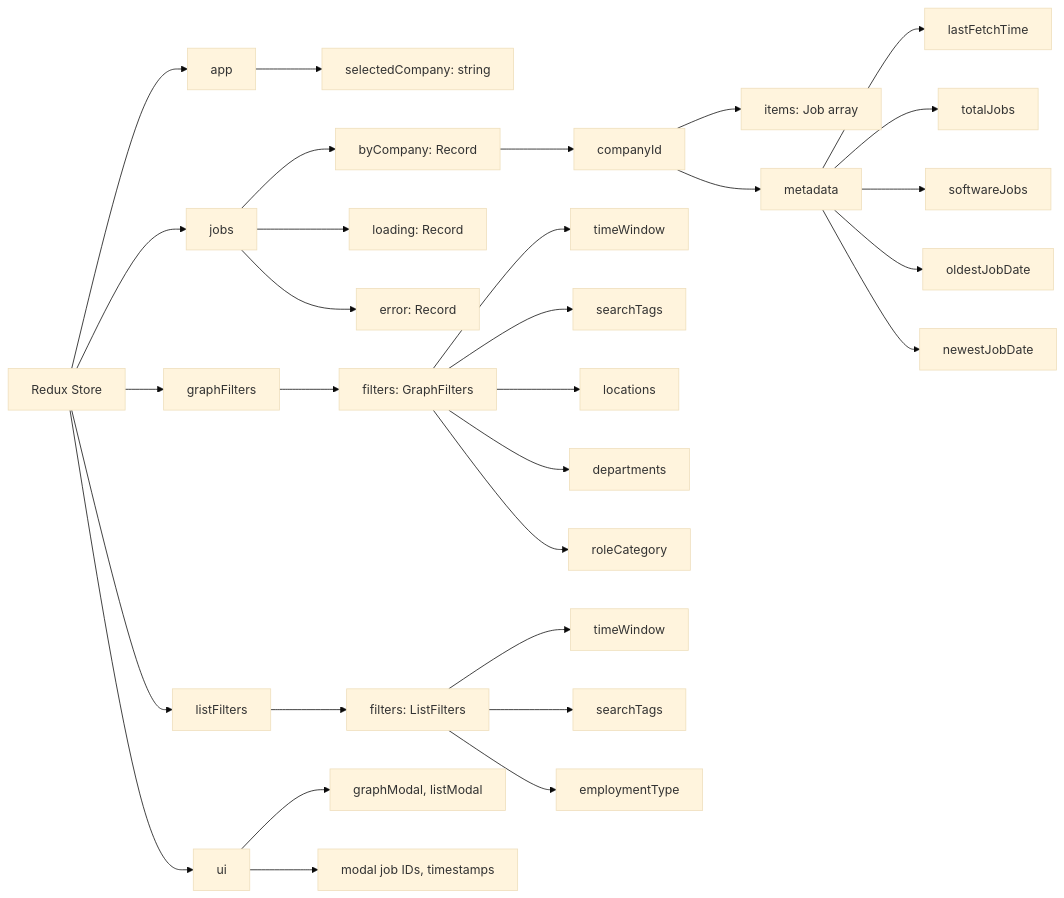
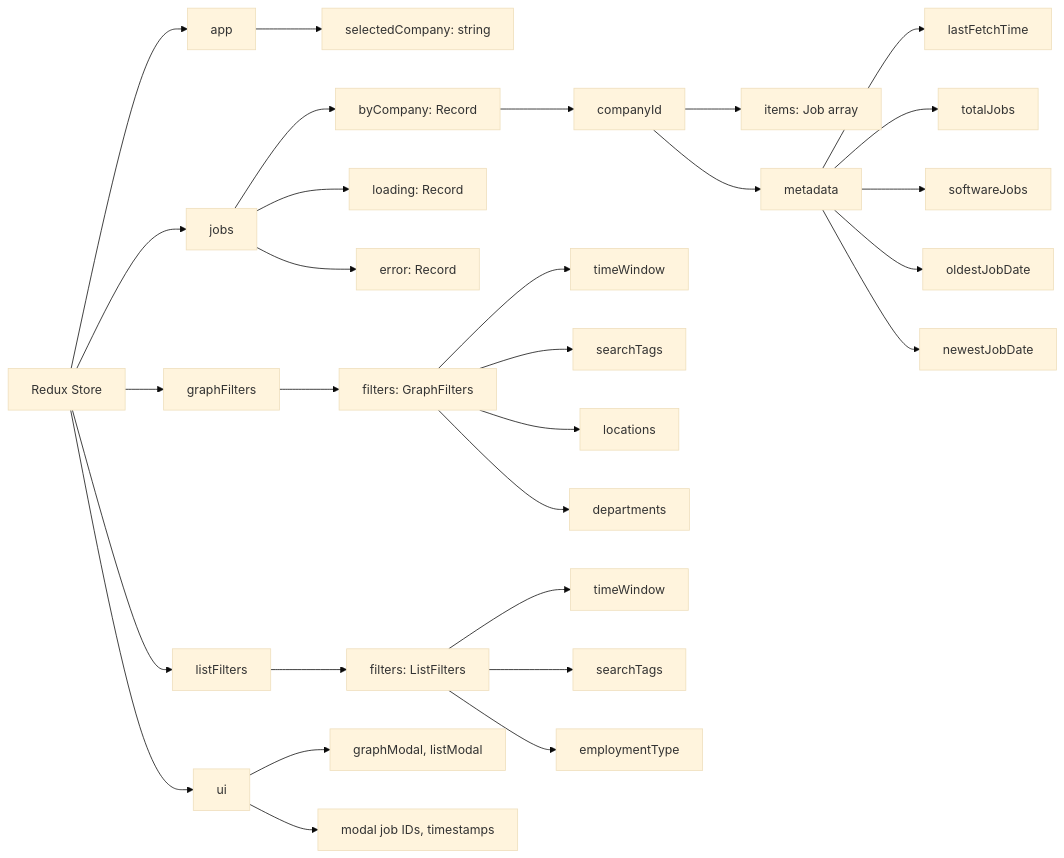
Before and after one commit to brendanpotter00/Job-Visualizer-Notifier: the second of 8 diagrams in docs/architecture.md, drawn with Mermaid (base theme). The commit also changed other lines of this file and 1 other file, not shown here.

````diff
--- a/docs/architecture.md
+++ b/docs/architecture.md
@@ -90,41 +93,40 @@
 ```mermaid
 graph LR
     Store[Redux Store]
 
     Store --> App[app]
     Store --> Jobs[jobs]
     Store --> GraphFilters[graphFilters]
     Store --> ListFilters[listFilters]
     Store --> UI[ui]
 
     App --> SelectedCompany[selectedCompany: string]
 
     Jobs --> ByCompany[byCompany: Record]
     Jobs --> Loading[loading: Record]
     Jobs --> Error[error: Record]
 
     ByCompany --> CompanyData[companyId]
     CompanyData --> Items[items: Job array]
     CompanyData --> Metadata[metadata]
 
     Metadata --> LastFetch[lastFetchTime]
     Metadata --> TotalJobs[totalJobs]
     Metadata --> SoftwareJobs[softwareJobs]
     Metadata --> OldestJob[oldestJobDate]
     Metadata --> NewestJob[newestJobDate]
 
     GraphFilters --> GFilters[filters: GraphFilters]
     GFilters --> GTimeWindow[timeWindow]
     GFilters --> GSearchTags[searchTags]
     GFilters --> GLocations[locations]
     GFilters --> GDepartments[departments]
-    GFilters --> GRoleCategory[roleCategory]
 
     ListFilters --> LFilters[filters: ListFilters]
     LFilters --> LTimeWindow[timeWindow]
     LFilters --> LSearchTags[searchTags]
     LFilters --> LEmploymentType[employmentType]
 
     UI --> Modals[graphModal, listModal]
     UI --> ModalData[modal job IDs, timestamps]
 ```
````
